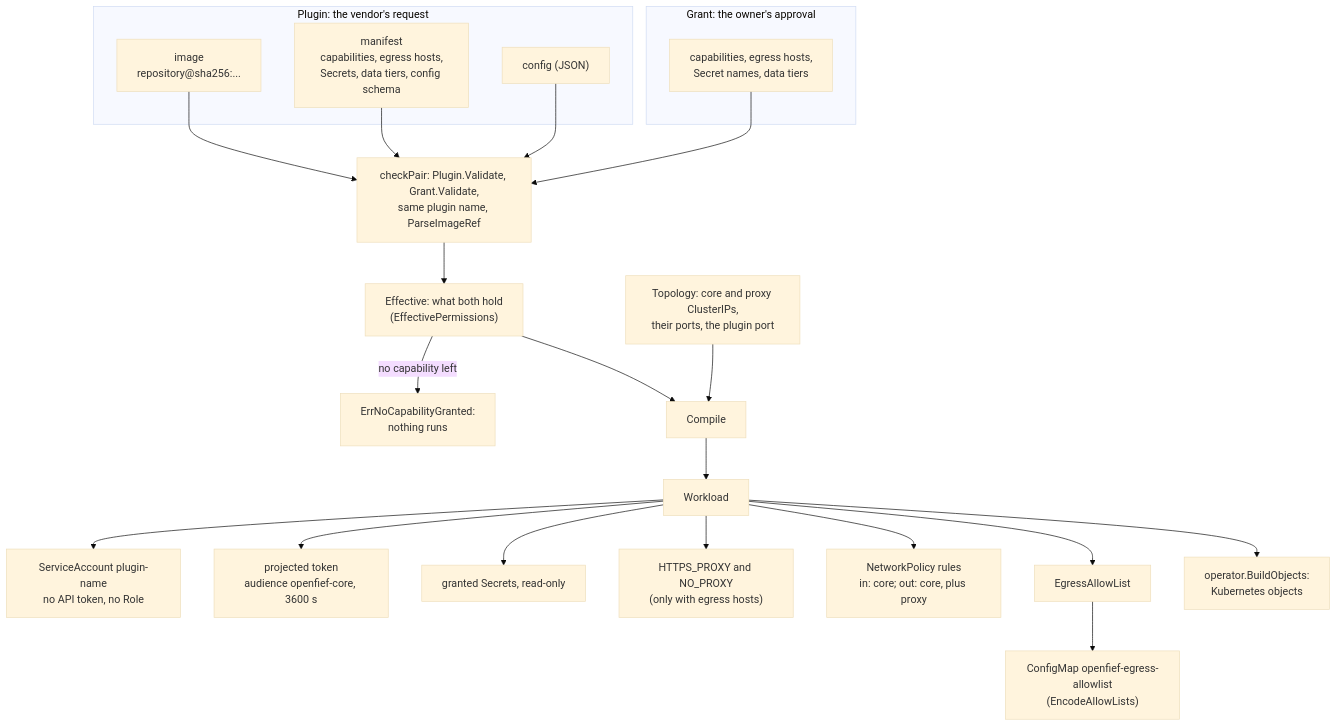
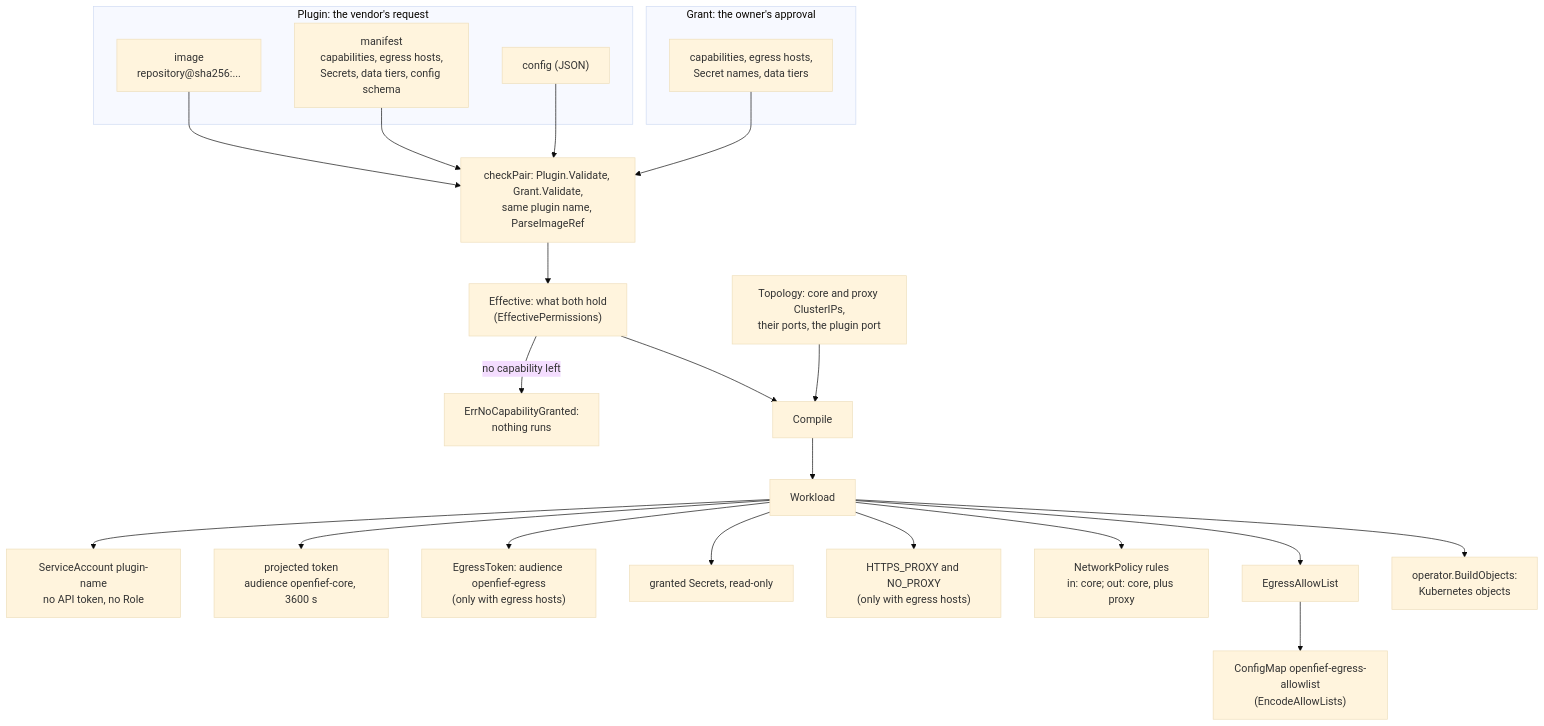
The first of 4 diagrams in docs/concepts/plugins.md (arkadiuss/openfief), drawn with Mermaid (base theme) before and after one commit. The commit also changed other lines of this file and 5 other files, not shown here.

First line of the commit message:
docs: bring architecture and concept pages up to main

````diff
--- a/docs/concepts/plugins.md
+++ b/docs/concepts/plugins.md
@@ -57,29 +57,30 @@
 ```mermaid
 flowchart TB
   subgraph plugin["Plugin: the vendor's request"]
     img["image<br/>repository@sha256:..."]
     man["manifest<br/>capabilities, egress hosts,<br/>Secrets, data tiers, config schema"]
     cfg["config (JSON)"]
   end
   subgraph grant["Grant: the owner's approval"]
     gp["capabilities, egress hosts,<br/>Secret names, data tiers"]
   end
   img --> pair
   man --> pair
   cfg --> pair
   gp --> pair
   pair["checkPair: Plugin.Validate, Grant.Validate,<br/>same plugin name, ParseImageRef"]
   pair --> eff["Effective: what both hold<br/>(EffectivePermissions)"]
   eff -- "no capability left" --> stop["ErrNoCapabilityGranted:<br/>nothing runs"]
   eff --> comp["Compile"]
   topo["Topology: core and proxy ClusterIPs,<br/>their ports, the plugin port"] --> comp
   comp --> wl["Workload"]
   wl --> sa["ServiceAccount plugin-name<br/>no API token, no Role"]
   wl --> tok["projected token<br/>audience openfief-core, 3600 s"]
+  wl --> etok["EgressToken: audience openfief-egress<br/>(only with egress hosts)"]
   wl --> sec["granted Secrets, read-only"]
   wl --> env["HTTPS_PROXY and NO_PROXY<br/>(only with egress hosts)"]
   wl --> np["NetworkPolicy rules<br/>in: core; out: core, plus proxy"]
   wl --> al["EgressAllowList"]
   al --> cm["ConfigMap openfief-egress-allowlist<br/>(EncodeAllowLists)"]
   wl --> objs["operator.BuildObjects:<br/>Kubernetes objects"]
 ```
````
